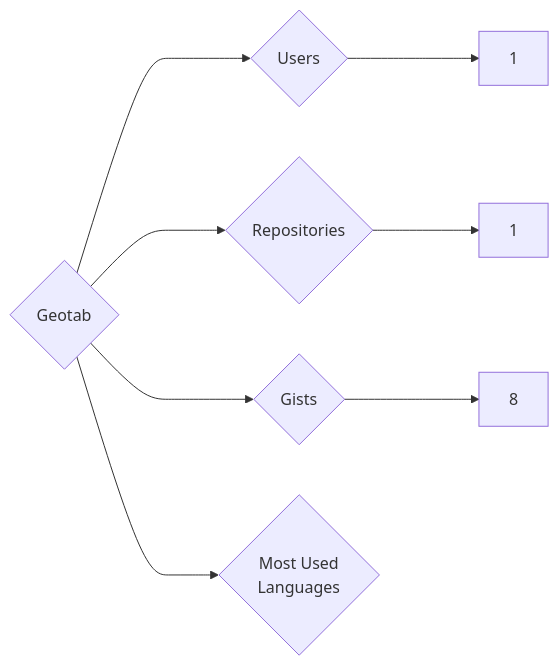
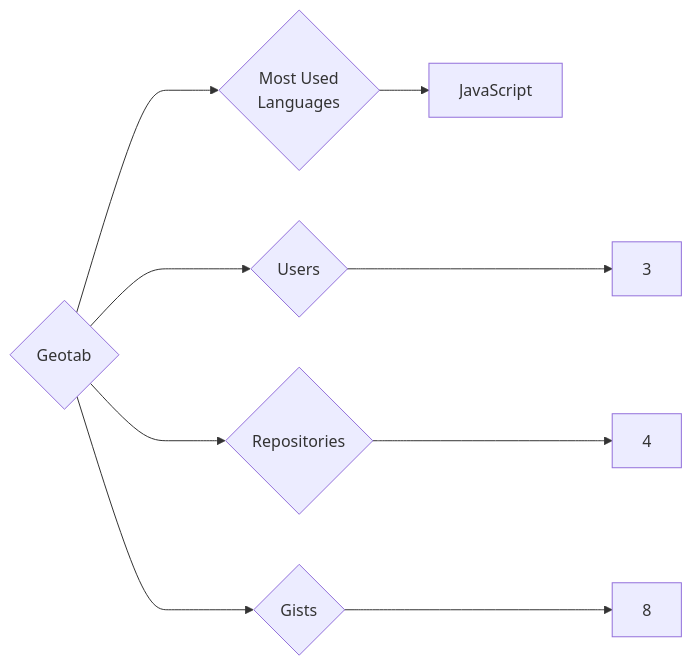
The diagram in targets/Geotab/README.md (trickest/insiders), drawn with Mermaid before and after one commit. The commit also changed 912 other files, not shown here.

````diff
--- a/targets/Geotab/README.md
+++ b/targets/Geotab/README.md
@@ -3,8 +3,9 @@
 ```mermaid
 graph LR
 COMPANY_NAME{Geotab}
-COMPANY_NAME ---> U{Users} ---> UN[1]
-COMPANY_NAME ---> R{Repositories} ---> RN[1]
+COMPANY_NAME ---> U{Users} ---> UN[3]
+COMPANY_NAME ---> R{Repositories} ---> RN[4]
 COMPANY_NAME ---> G{Gists} ---> GN[8]
 COMPANY_NAME ---> ML{Most Used<br>Languages}
+ML --> JavaScript[JavaScript]
 ```
````
